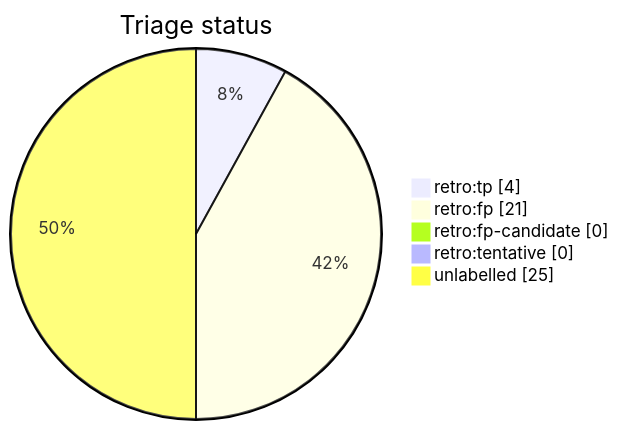
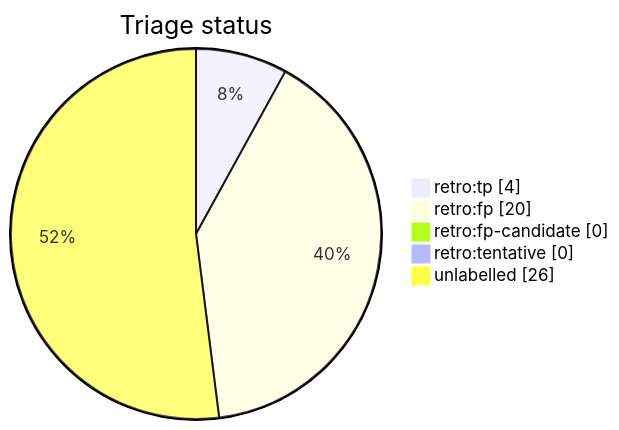
One commit to tvna/claude-md changed the diagram in docs/generated/scripts/auto-retro-triage-report.md. Above: the diagram before and after it, drawn with Mermaid. The commit also changed other lines of this file, not shown here.

First line of the commit message:
chore(auto-retro): refresh triage report

````diff
--- a/docs/generated/scripts/auto-retro-triage-report.md
+++ b/docs/generated/scripts/auto-retro-triage-report.md
@@ -15,9 +15,9 @@
 ```mermaid
 pie showData
     title Triage status
     "retro:tp" : 4
-    "retro:fp" : 21
+    "retro:fp" : 20
     "retro:fp-candidate" : 0
     "retro:tentative" : 0
-    "unlabelled" : 25
+    "unlabelled" : 26
 ```
````
